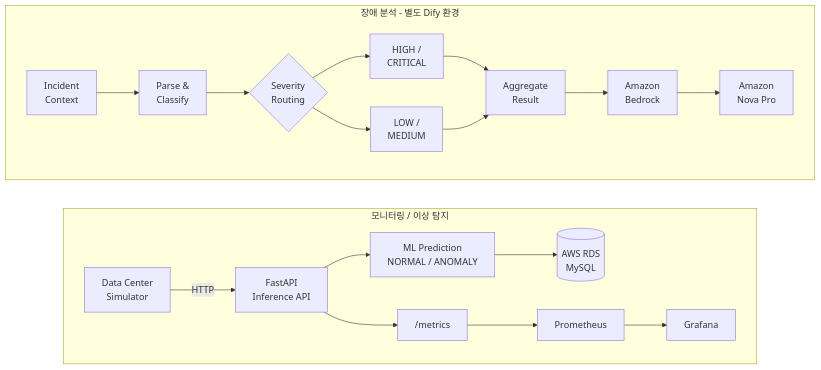
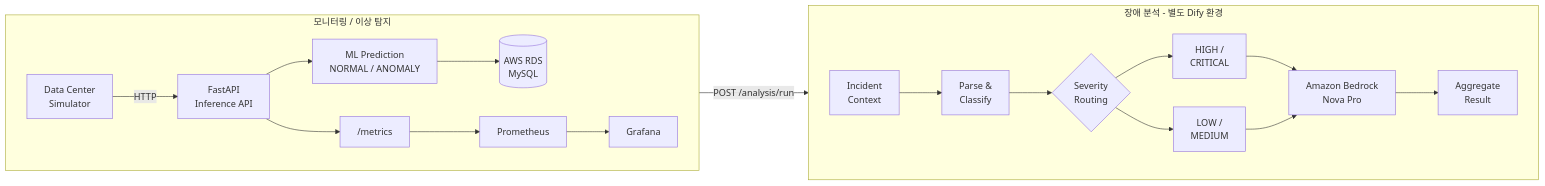
One commit to Shinsangseok/datacenter-project changed the first of 2 diagrams in README.md. Above: the diagram before and after it, drawn with Mermaid. The commit also changed other lines of this file and 7 other files, not shown here.

Commit message:
feat: integrate FastAPI incident analysis with Dify workflow

````diff
--- a/README.md
+++ b/README.md
@@ -13,24 +13,24 @@
 ```mermaid
 flowchart LR
     subgraph MON["모니터링 / 이상 탐지"]
         direction LR
         S["Data Center<br/>Simulator"] -->|HTTP| API["FastAPI<br/>Inference API"]
         API --> ML["ML Prediction<br/>NORMAL / ANOMALY"]
         ML --> RDS[("AWS RDS<br/>MySQL")]
         API --> MET["/metrics"]
         MET --> PROM["Prometheus"]
         PROM --> GRAF["Grafana"]
     end
 
     subgraph GEN["장애 분석 - 별도 Dify 환경"]
         direction LR
         CTX["Incident<br/>Context"] --> PARSE["Parse &<br/>Classify"]
         PARSE --> ROUTE{"Severity<br/>Routing"}
         ROUTE --> HC["HIGH /<br/>CRITICAL"]
         ROUTE --> LM["LOW /<br/>MEDIUM"]
-        HC --> AGG["Aggregate<br/>Result"]
-        LM --> AGG
-        AGG --> BED["Amazon<br/>Bedrock"]
-        BED --> NOVA["Amazon<br/>Nova Pro"]
+        HC --> BED["Amazon Bedrock<br/>Nova Pro"]
+        LM --> BED
+        BED --> AGG["Aggregate<br/>Result"]
     end
+    API -->|POST /analysis/run| CTX
 ```
````
